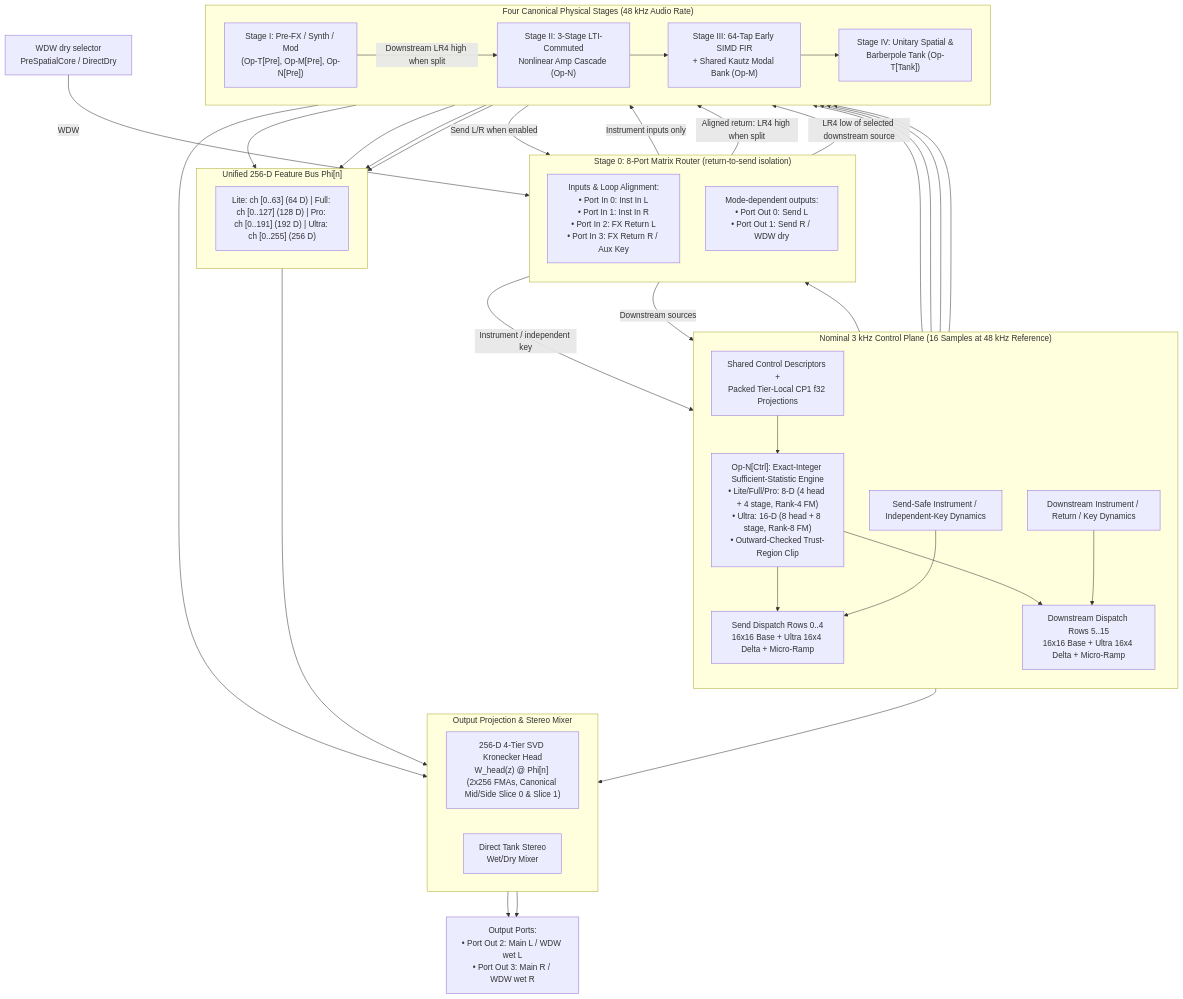
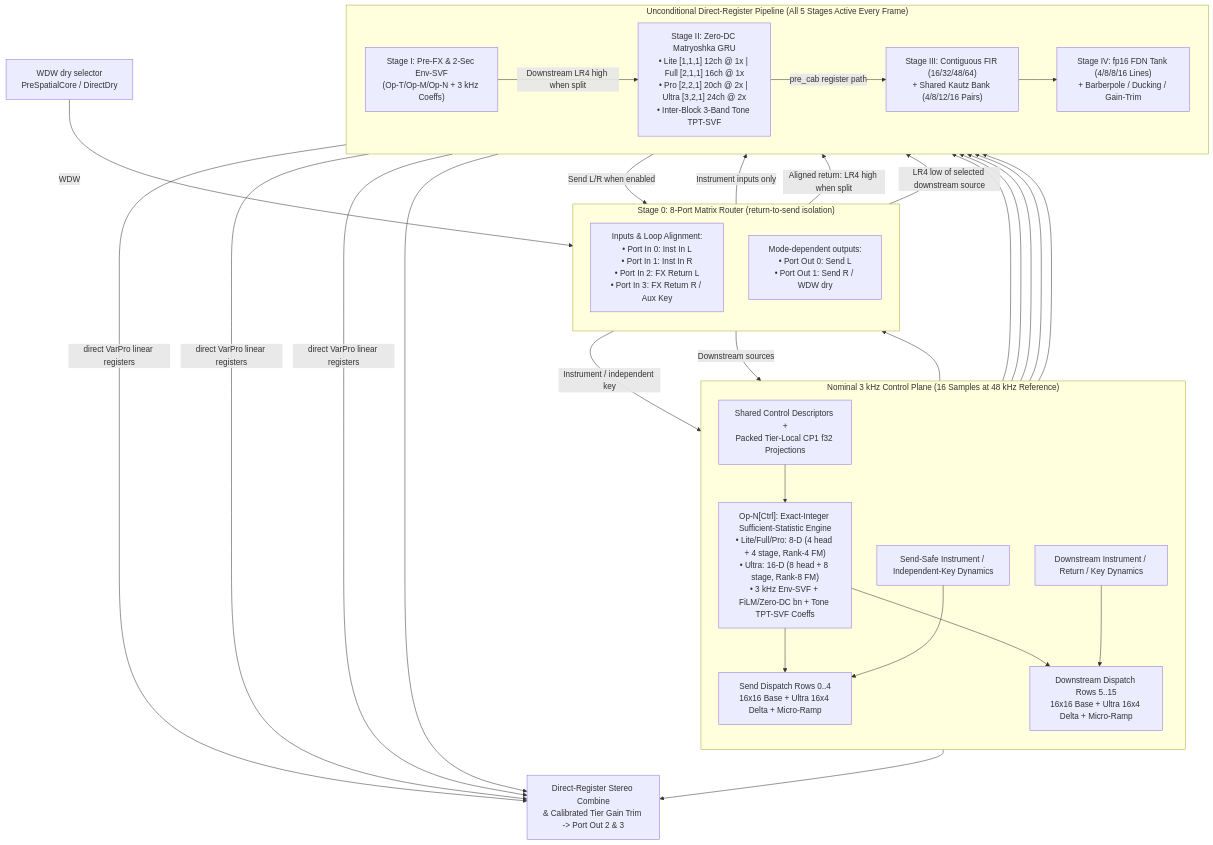
The first of 7 diagrams in docs/specs/architecture/tora_architecture.md (mokugen/dnam), drawn with Mermaid before and after one commit. The commit also changed other lines of this file and 457 other files, not shown here.

First line of the commit message:
feat(engine,capture,ui,docs): checkpoint TORA v3 Matryoshka architecture, REQ-1.9 specs, and zero-barrel UI/SDK

````diff
--- a/docs/specs/architecture/tora_architecture.md
+++ b/docs/specs/architecture/tora_architecture.md
@@ -54,59 +58,45 @@
 ```mermaid
 flowchart TD
     subgraph CtrlPlane ["Nominal 3 kHz Control Plane (16 Samples at 48 kHz Reference)"]
         direction TB
         CtrlTable["Shared Control Descriptors +<br/>Packed Tier-Local CP1 f32 Projections"]
-        OpNCtrl["Op-N[Ctrl]: Exact-Integer Sufficient-Statistic Engine<br/>• Lite/Full/Pro: 8-D (4 head + 4 stage, Rank-4 FM)<br/>• Ultra: 16-D (8 head + 8 stage, Rank-8 FM)<br/>• Outward-Checked Trust-Region Clip"]
+        OpNCtrl["Op-N[Ctrl]: Exact-Integer Sufficient-Statistic Engine<br/>• Lite/Full/Pro: 8-D (4 head + 4 stage, Rank-4 FM)<br/>• Ultra: 16-D (8 head + 8 stage, Rank-8 FM)<br/>• 3 kHz Env-SVF + FiLM/Zero-DC bn + Tone TPT-SVF Coeffs"]
         SendMod["Send-Safe Instrument / Independent-Key Dynamics"]
         DownMod["Downstream Instrument / Return / Key Dynamics"]
         SendBus["Send Dispatch Rows 0..4<br/>16x16 Base + Ultra 16x4 Delta + Micro-Ramp"]
         DownBus["Downstream Dispatch Rows 5..15<br/>16x16 Base + Ultra 16x4 Delta + Micro-Ramp"]
         CtrlTable --> OpNCtrl
         OpNCtrl & SendMod --> SendBus
         OpNCtrl & DownMod --> DownBus
     end
 
     subgraph Router ["Stage 0: 8-Port Matrix Router (return-to-send isolation)"]
         direction TB
         RIn["Inputs & Loop Alignment:<br/>• Port In 0: Inst In L<br/>• Port In 1: Inst In R<br/>• Port In 2: FX Return L<br/>• Port In 3: FX Return R / Aux Key"]
         ROut["Mode-dependent outputs:<br/>• Port Out 0: Send L<br/>• Port Out 1: Send R / WDW dry"]
     end
 
-    subgraph Stages ["Four Canonical Physical Stages (48 kHz Audio Rate)"]
+    subgraph Stages ["Unconditional Direct-Register Pipeline (All 5 Stages Active Every Frame)"]
         direction LR
-        S1["Stage I: Pre-FX / Synth / Mod<br/>(Op-T[Pre], Op-M[Pre], Op-N[Pre])"]
-        S2["Stage II: 3-Stage LTI-Commuted<br/>Nonlinear Amp Cascade (Op-N)"]
-        S3["Stage III: 64-Tap Early SIMD FIR<br/>+ Shared Kautz Modal Bank (Op-M)"]
-        S4["Stage IV: Unitary Spatial &<br/>Barberpole Tank (Op-T[Tank])"]
-        S1 -->|"Downstream LR4 high when split"| S2 --> S3 --> S4
+        S1["Stage I: Pre-FX & 2-Sec Env-SVF<br/>(Op-T/Op-M/Op-N + 3 kHz Coeffs)"]
+        S2["Stage II: Zero-DC Matryoshka GRU<br/>• Lite [1,1,1] 12ch @ 1x | Full [2,1,1] 16ch @ 1x<br/>• Pro [2,2,1] 20ch @ 2x | Ultra [3,2,1] 24ch @ 2x<br/>• Inter-Block 3-Band Tone TPT-SVF"]
+        S3["Stage III: Contiguous FIR (16/32/48/64)<br/>+ Shared Kautz Bank (4/8/12/16 Pairs)"]
+        S4["Stage IV: fp16 FDN Tank (4/8/8/16 Lines)<br/>+ Barberpole / Ducking / Gain-Trim"]
+        S1 -->|"Downstream LR4 high when split"| S2 -->|"pre_cab register path"| S3 --> S4
     end
 
     RIn -->|"Instrument inputs only"| S1
     S1 -->|"Send L/R when enabled"| ROut
     DryTap["WDW dry selector<br/>PreSpatialCore / DirectDry"] -->|"WDW"| ROut
     RIn -->|"Aligned return: LR4 high when split"| S2
     RIn -->|"LR4 low of selected downstream source"| S3
     RIn -->|"Instrument / independent key"| SendMod
     RIn -->|"Downstream sources"| DownMod
 
-    DownBus --> S2 & S3 & S4
+    DownBus --> S1 & S2 & S3 & S4
     SendBus --> Router & S1
 
-    subgraph FeatBus ["Unified 256-D Feature Bus Phi[n]"]
-        direction LR
-        FB["Lite: ch [0..63] (64 D) | Full: ch [0..127] (128 D) | Pro: ch [0..191] (192 D) | Ultra: ch [0..255] (256 D)"]
-    end
-
-    S1 & S2 & S3 & S4 --> FB
-
-    subgraph MixHead ["Output Projection & Stereo Mixer"]
-        direction LR
-        KHead["256-D 4-Tier SVD Kronecker Head<br/>W_head(z) @ Phi[n] (2x256 FMAs, Canonical Mid/Side Slice 0 & Slice 1)"]
-        TankMix["Direct Tank Stereo<br/>Wet/Dry Mixer"]
-    end
-
-    FB --> KHead
-    S4 --> TankMix
-    DownBus --> KHead
-    KHead & TankMix --> MainOut["Output Ports:<br/>• Port Out 2: Main L / WDW wet L<br/>• Port Out 3: Main R / WDW wet R"]
+    S1 & S2 & S3 -->|"direct VarPro linear registers"| MixOut["Direct-Register Stereo Combine<br/>& Calibrated Tier Gain Trim -> Port Out 2 & 3"]
+    S4 --> MixOut
+    DownBus --> MixOut
 ```
````
